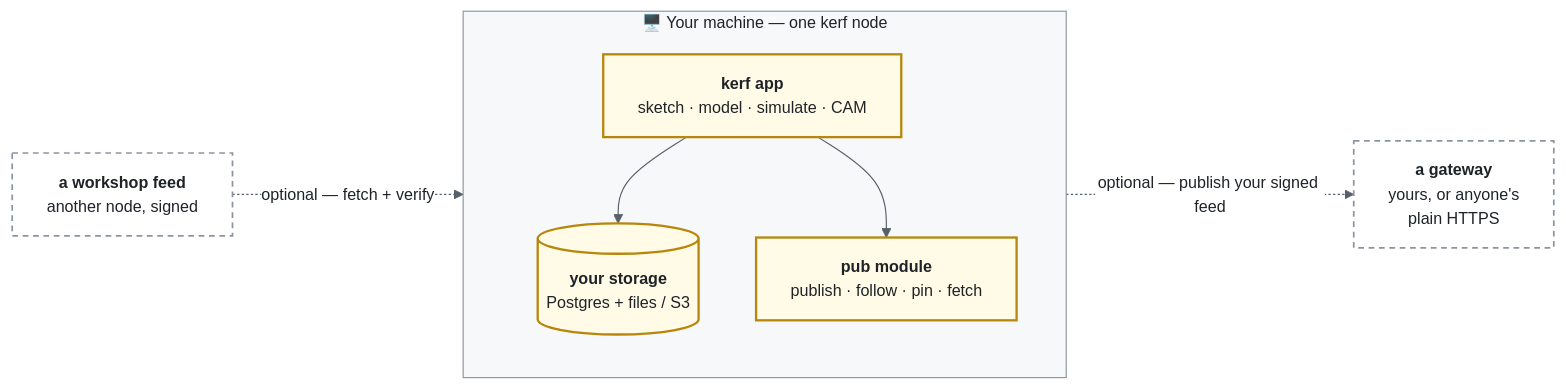
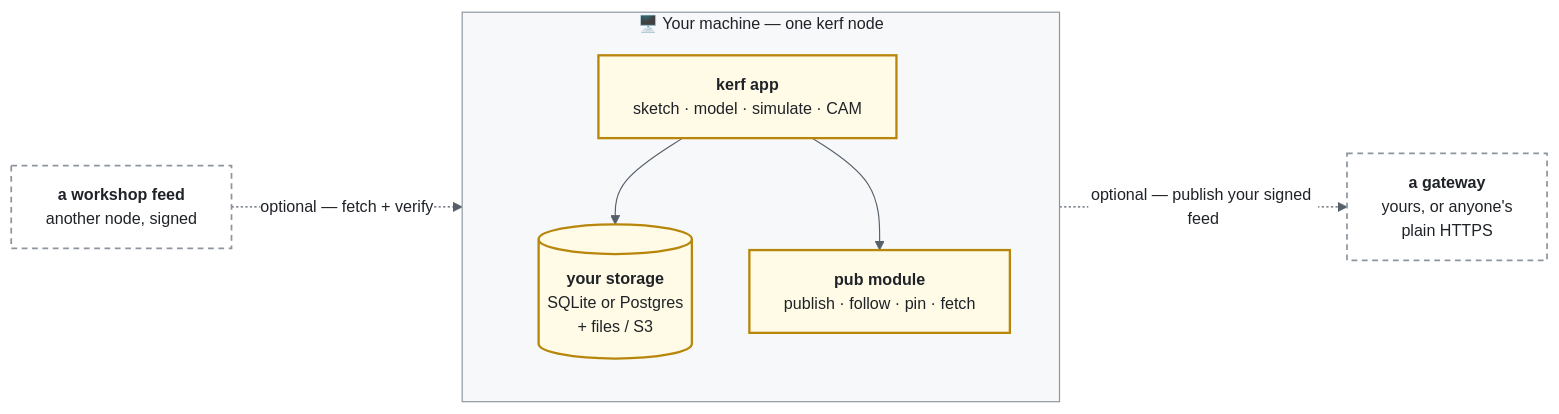
The diagram in README.md (vul-os/kerf), drawn with Mermaid before and after one commit. The commit also changed other lines of this file and 16 other files, not shown here.

````diff
--- a/README.md
+++ b/README.md
@@ -166,36 +182,36 @@
 ```mermaid
 %%{init: {'theme':'base','themeVariables':{
   'fontFamily':'ui-monospace, SFMono-Regular, Menlo, monospace',
   'fontSize':'14px',
   'primaryColor':'#fffbe6',
   'primaryTextColor':'#1f2328',
   'primaryBorderColor':'#b8860b',
   'lineColor':'#57606a',
   'tertiaryColor':'#f6f8fa',
   'tertiaryTextColor':'#1f2328',
   'tertiaryBorderColor':'#57606a',
   'clusterBkg':'#f6f8fa',
   'clusterBorder':'#8c959f',
   'edgeLabelBackground':'#ffffff'
 }}}%%
 flowchart LR
   subgraph Node["🖥️  Your machine — one kerf node"]
     direction TB
     App["<b>kerf app</b><br/>sketch · model · simulate · CAM"]
-    Store[("<b>your storage</b><br/>Postgres + files / S3")]
+    Store[("<b>your storage</b><br/>SQLite or Postgres<br/>+ files / S3")]
     Pub["<b>pub module</b><br/>publish · follow · pin · fetch"]
     App --> Store
     App --> Pub
   end
 
   GW["<b>a gateway</b><br/>yours, or anyone's<br/>plain HTTPS"]
   Feed["<b>a workshop feed</b><br/>another node, signed"]
 
   Pub -. "optional — publish your signed feed" .-> GW
   Feed -. "optional — fetch + verify" .-> Pub
 
   classDef core fill:#fffbe6,stroke:#b8860b,stroke-width:2px,color:#1f2328;
   classDef outside fill:#ffffff,stroke:#8c959f,stroke-width:1.5px,stroke-dasharray:5 4,color:#1f2328;
   class App,Store,Pub core;
   class GW,Feed outside;
 ```
````
